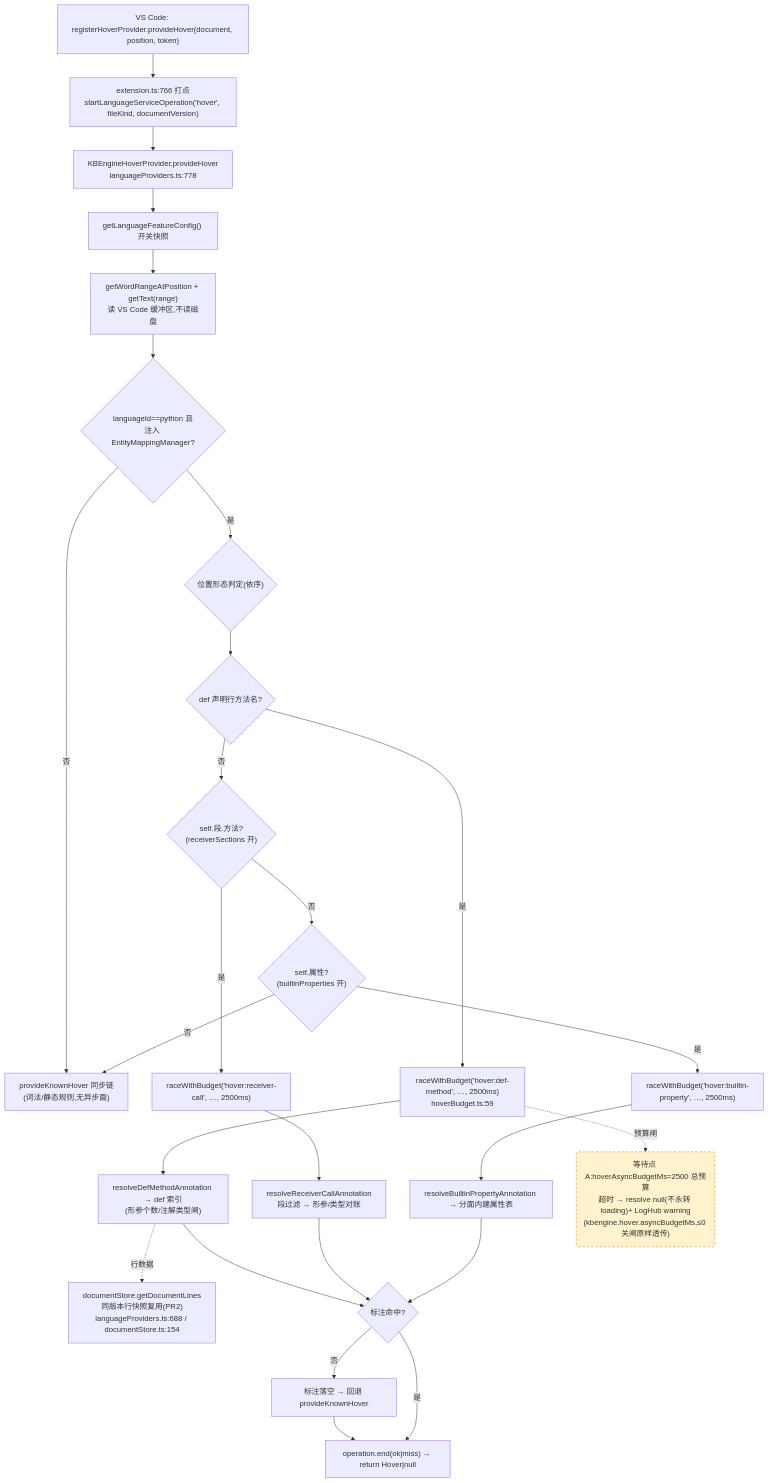
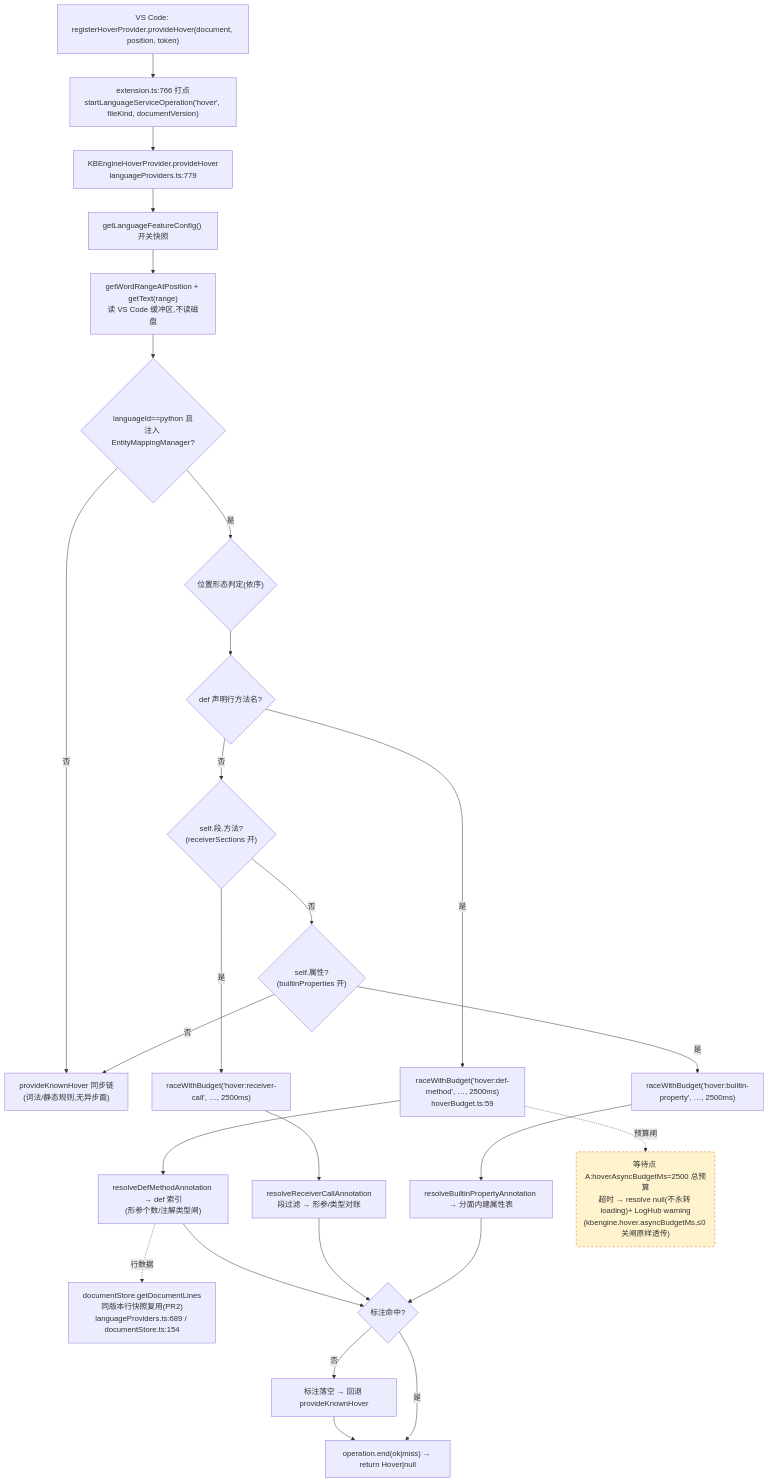
Before and after one commit to cuihairu/kode: the first of 4 diagrams in docs/perf/2026-baseline.md, drawn with Mermaid. The commit also changed other lines of this file and 6 other files, not shown here.

````diff
--- a/docs/perf/2026-baseline.md
+++ b/docs/perf/2026-baseline.md
@@ -82,45 +82,45 @@
 ```mermaid
 flowchart TD
   VC1["VS Code: registerHoverProvider.provideHover(document, position, token)"]
   M1["extension.ts:766 打点<br/>startLanguageServiceOperation('hover', fileKind, documentVersion)"]
-  HP["KBEngineHoverProvider.provideHover<br/>languageProviders.ts:778"]
+  HP["KBEngineHoverProvider.provideHover<br/>languageProviders.ts:779"]
   CFG["getLanguageFeatureConfig() 开关快照"]
   WORD["getWordRangeAtPosition + getText(range)<br/>读 VS Code 缓冲区,不读磁盘"]
   BR{"languageId==python 且<br/>注入 EntityMappingManager?"}
   KN["provideKnownHover 同步链<br/>(词法/静态规则,无异步面)"]
   POS{"位置形态判定(依序)"}
   D1{"def 声明行方法名?"}
   D2{"self.段.方法?<br/>(receiverSections 开)"}
   D3{"self.属性?<br/>(builtinProperties 开)"}
   RA1["raceWithBudget('hover:def-method', …, 2500ms)<br/>hoverBudget.ts:59"]
   RA2["raceWithBudget('hover:receiver-call', …, 2500ms)"]
   RA3["raceWithBudget('hover:builtin-property', …, 2500ms)"]
   RS1["resolveDefMethodAnnotation → def 索引<br/>(形参个数/注解类型闸)"]
   RS2["resolveReceiverCallAnnotation<br/>段过滤 → 形参/类型对账"]
   RS3["resolveBuiltinPropertyAnnotation → 分面内建属性表"]
-  LINES["documentStore.getDocumentLines<br/>同版本行快照复用(PR2)<br/>languageProviders.ts:688 / documentStore.ts:154"]
+  LINES["documentStore.getDocumentLines<br/>同版本行快照复用(PR2)<br/>languageProviders.ts:689 / documentStore.ts:154"]
   MISS["标注落空 → 回退 provideKnownHover"]
   END1["operation.end(ok|miss) → return Hover|null"]
 
   VC1 --> M1 --> HP --> CFG --> WORD --> BR
   BR -- "否" --> KN
   BR -- "是" --> POS --> D1
   D1 -- "是" --> RA1 --> RS1
   D1 -- "否" --> D2
   D2 -- "是" --> RA2 --> RS2
   D2 -- "否" --> D3
   D3 -- "是" --> RA3 --> RS3
   D3 -- "否" --> KN
   RS1 --> HIT{"标注命中?"}
   RS2 --> HIT
   RS3 --> HIT
   RS1 -.->|行数据| LINES
   HIT -- "否" --> MISS --> END1
   HIT -- "是" --> END1
 
   WAITA("等待点 A:hoverAsyncBudgetMs=2500 总预算<br/>超时 → resolve null(不永转 loading)+ LogHub warning<br/>(kbengine.hover.asyncBudgetMs,≤0 关闸原样透传)")
   RA1 -.->|预算闸| WAITA
 
   classDef waitPoint fill:#fff3cd,stroke:#d97706,stroke-dasharray:5 4;
   class WAITA waitPoint;
 ```
````
